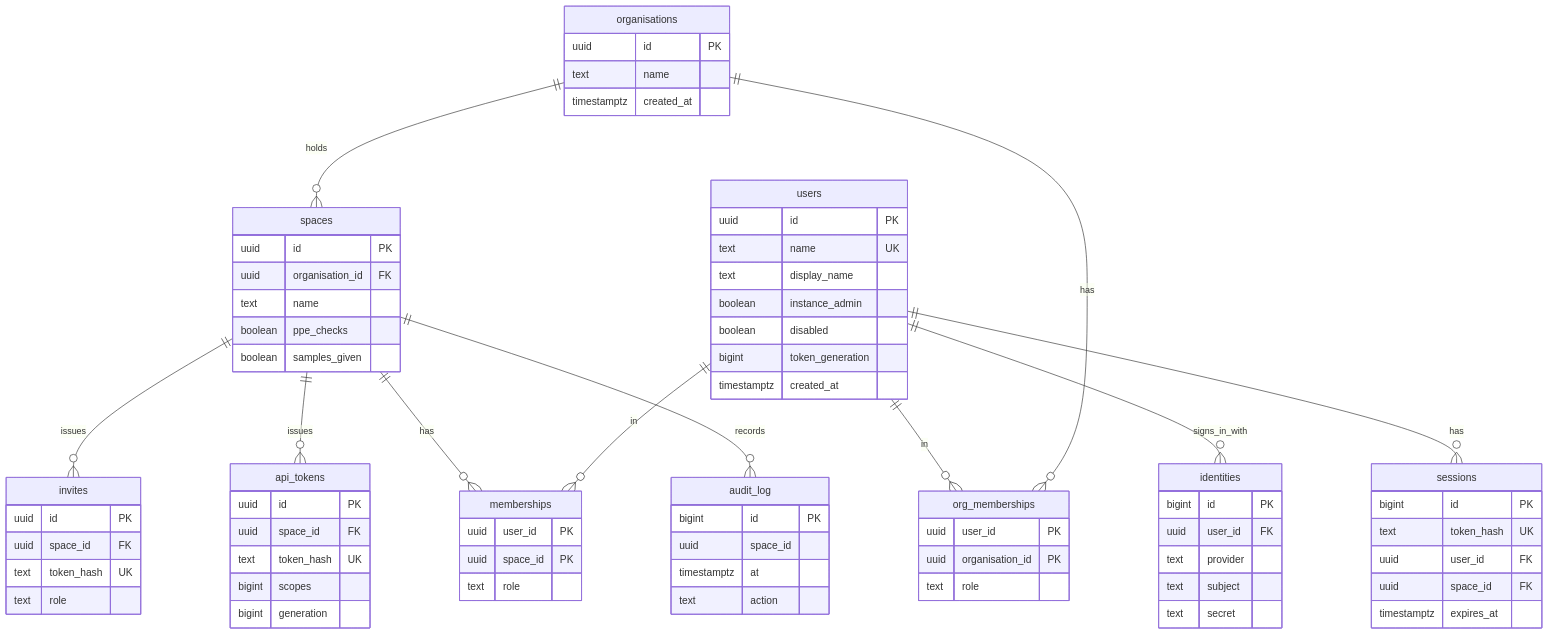
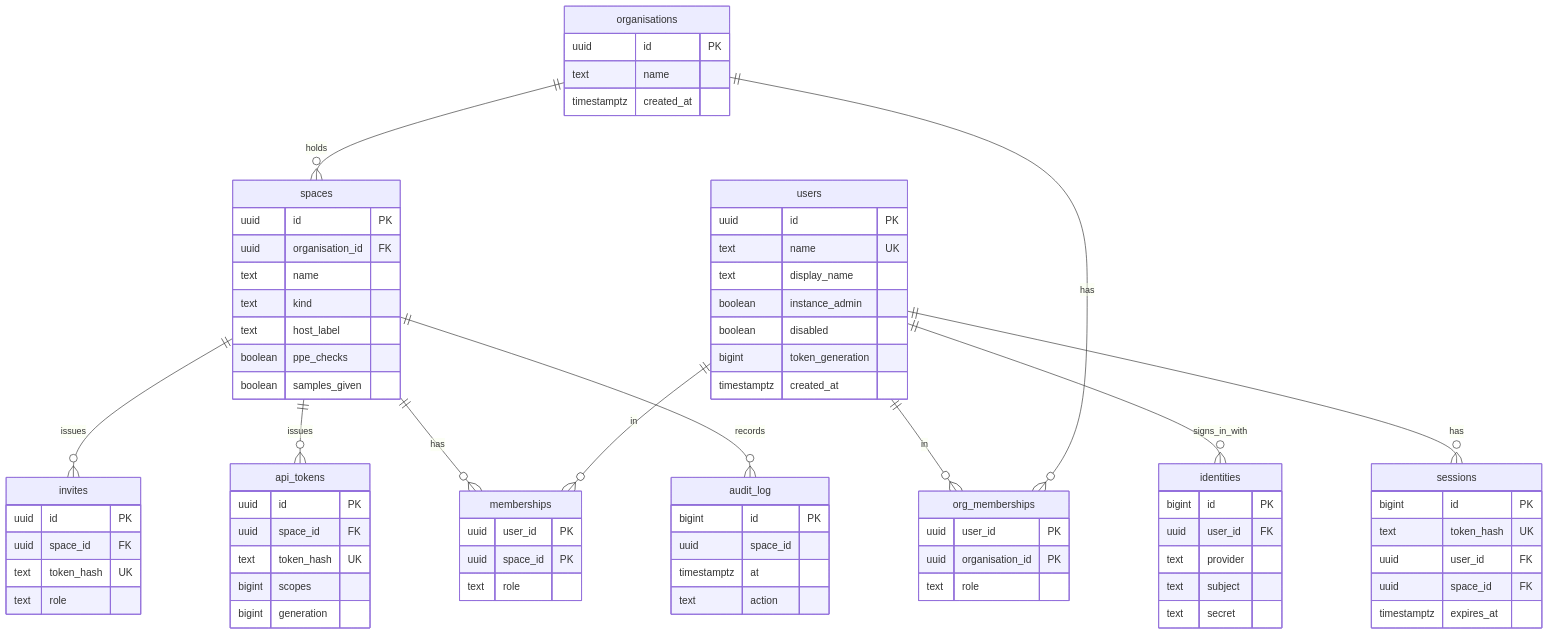
One commit to CuriousTimo/Maker-Connect changed the first of 6 diagrams in docs/design/database.md. Above: the diagram before and after it, drawn with Mermaid. The commit also changed other lines of this file and 5 other files, not shown here.

````diff
--- a/docs/design/database.md
+++ b/docs/design/database.md
@@ -156,77 +156,79 @@
 ```mermaid
 erDiagram
   organisations ||--o{ spaces : holds
   organisations ||--o{ org_memberships : has
   users ||--o{ org_memberships : in
   users ||--o{ memberships : in
   spaces ||--o{ memberships : has
   users ||--o{ identities : signs_in_with
   users ||--o{ sessions : has
   spaces ||--o{ invites : issues
   spaces ||--o{ api_tokens : issues
   spaces ||--o{ audit_log : records
   organisations {
     uuid id PK
     text name
     timestamptz created_at
   }
   spaces {
     uuid id PK
     uuid organisation_id FK
     text name
+    text kind
+    text host_label
     boolean ppe_checks
     boolean samples_given
   }
   users {
     uuid id PK
     text name UK
     text display_name
     boolean instance_admin
     boolean disabled
     bigint token_generation
     timestamptz created_at
   }
   identities {
     bigint id PK
     uuid user_id FK
     text provider
     text subject
     text secret
   }
   memberships {
     uuid user_id PK
     uuid space_id PK
     text role
   }
   org_memberships {
     uuid user_id PK
     uuid organisation_id PK
     text role
   }
   sessions {
     bigint id PK
     text token_hash UK
     uuid user_id FK
     uuid space_id FK
     timestamptz expires_at
   }
   invites {
     uuid id PK
     uuid space_id FK
     text token_hash UK
     text role
   }
   api_tokens {
     uuid id PK
     uuid space_id FK
     text token_hash UK
     bigint scopes
     bigint generation
   }
   audit_log {
     bigint id PK
     uuid space_id
     timestamptz at
     text action
   }
 ```
````
